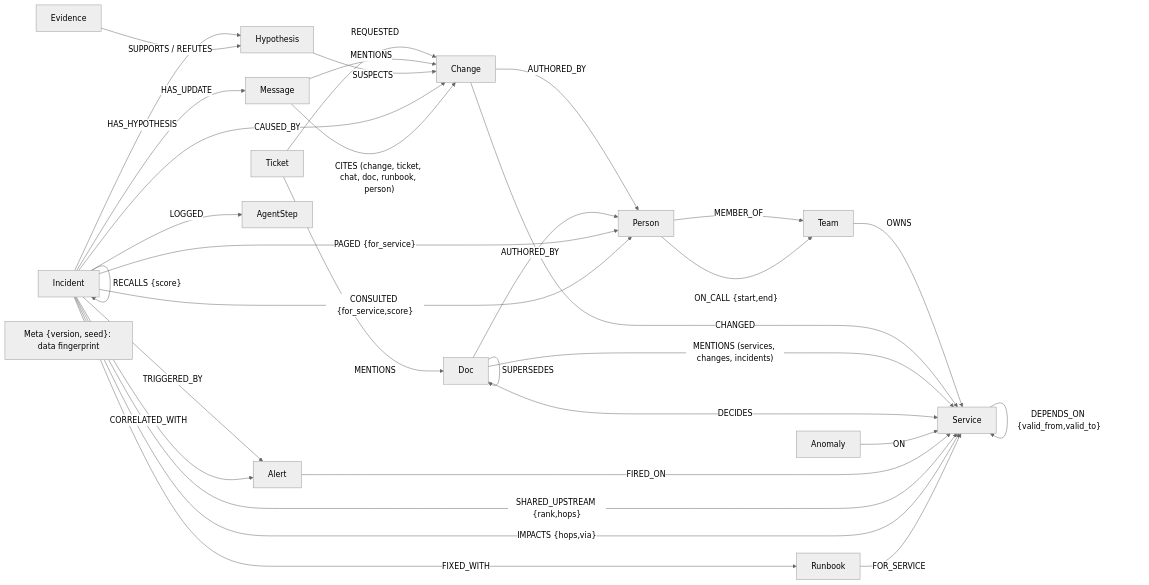
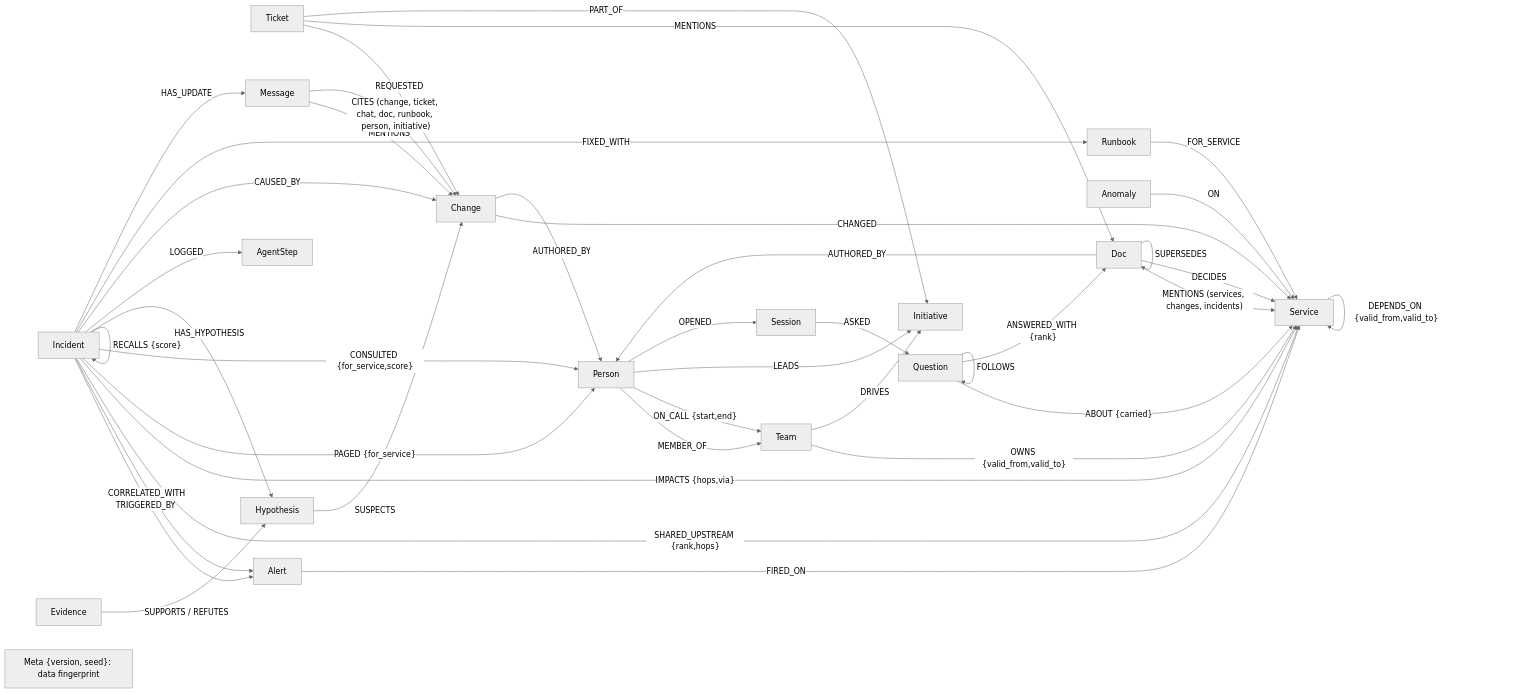
Before and after one commit to harz05/oncall-brain: the diagram in README.md, drawn with Mermaid (neutral theme). The commit also changed other lines of this file and 32 other files, not shown here.

````diff
--- a/README.md
+++ b/README.md
@@ -111,35 +111,43 @@
 ```mermaid
 flowchart LR
-  Team -- OWNS --> Service
+  Team -- "OWNS {valid_from,valid_to}" --> Service
   Person -- MEMBER_OF --> Team
   Person -- "ON_CALL {start,end}" --> Team
   Service -- "DEPENDS_ON {valid_from,valid_to}" --> Service
   Change -- CHANGED --> Service
   Change -- AUTHORED_BY --> Person
   Ticket -- REQUESTED --> Change
   Message -- MENTIONS --> Change
   Doc -- "MENTIONS (services, changes, incidents)" --> Service
   Doc -- DECIDES --> Service
   Doc -- SUPERSEDES --> Doc
   Doc -- AUTHORED_BY --> Person
   Ticket -- MENTIONS --> Doc
   Anomaly -- ON --> Service
   Alert -- FIRED_ON --> Service
   Incident -- TRIGGERED_BY --> Alert
   Incident -- CORRELATED_WITH --> Alert
   Incident -- "SHARED_UPSTREAM {rank,hops}" --> Service
   Incident -- "IMPACTS {hops,via}" --> Service
   Incident -- "PAGED {for_service}" --> Person
   Incident -- "CONSULTED {for_service,score}" --> Person
   Incident -- HAS_HYPOTHESIS --> Hypothesis
   Hypothesis -- SUSPECTS --> Change
   Evidence -- "SUPPORTS / REFUTES" --> Hypothesis
   Incident -- LOGGED --> AgentStep
   Incident -- "RECALLS {score}" --> Incident
   Incident -- CAUSED_BY --> Change
   Incident -- FIXED_WITH --> Runbook
   Runbook -- FOR_SERVICE --> Service
   Incident -- HAS_UPDATE --> Message
-  Message -- "CITES (change, ticket, chat, doc, runbook, person)" --> Change
+  Message -- "CITES (change, ticket, chat, doc, runbook, person, initiative)" --> Change
+  Team -- DRIVES --> Initiative
+  Person -- LEADS --> Initiative
+  Ticket -- PART_OF --> Initiative
+  Person -- OPENED --> Session
+  Session -- ASKED --> Question
+  Question -- FOLLOWS --> Question
+  Question -- "ABOUT {carried}" --> Service
+  Question -- "ANSWERED_WITH {rank}" --> Doc
   Meta["Meta {version, seed}: data fingerprint"]
 ```
````
